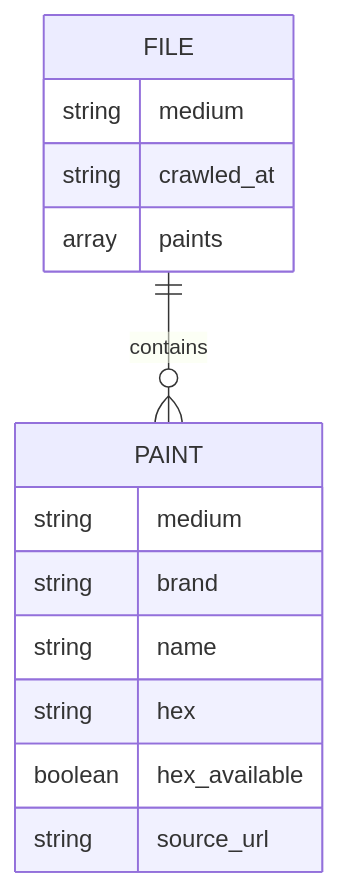
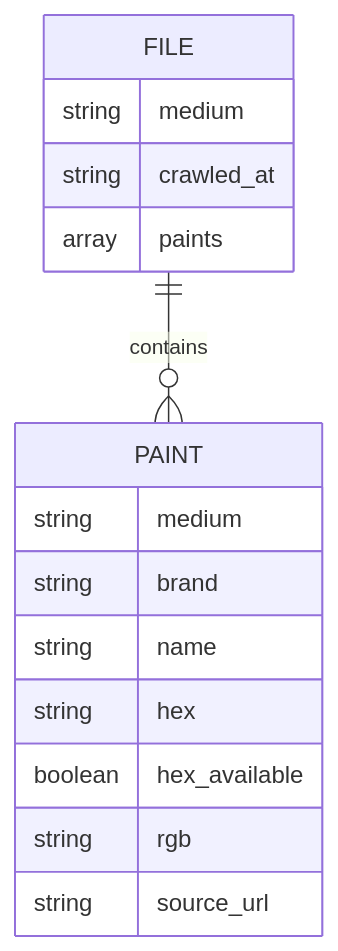
The diagram in hacky-hours/02-design/DATA_MODEL.md (beekman/paint-crawl), drawn with Mermaid before and after one commit. The commit also changed other lines of this file and 27 other files, not shown here.

````diff
--- a/hacky-hours/02-design/DATA_MODEL.md
+++ b/hacky-hours/02-design/DATA_MODEL.md
@@ -76,17 +79,18 @@
 ```mermaid
 erDiagram
     FILE {
         string medium
         string crawled_at
         array paints
     }
     PAINT {
         string medium
         string brand
         string name
         string hex
         boolean hex_available
+        string rgb
         string source_url
     }
     FILE ||--o{ PAINT : contains
 ```
````
